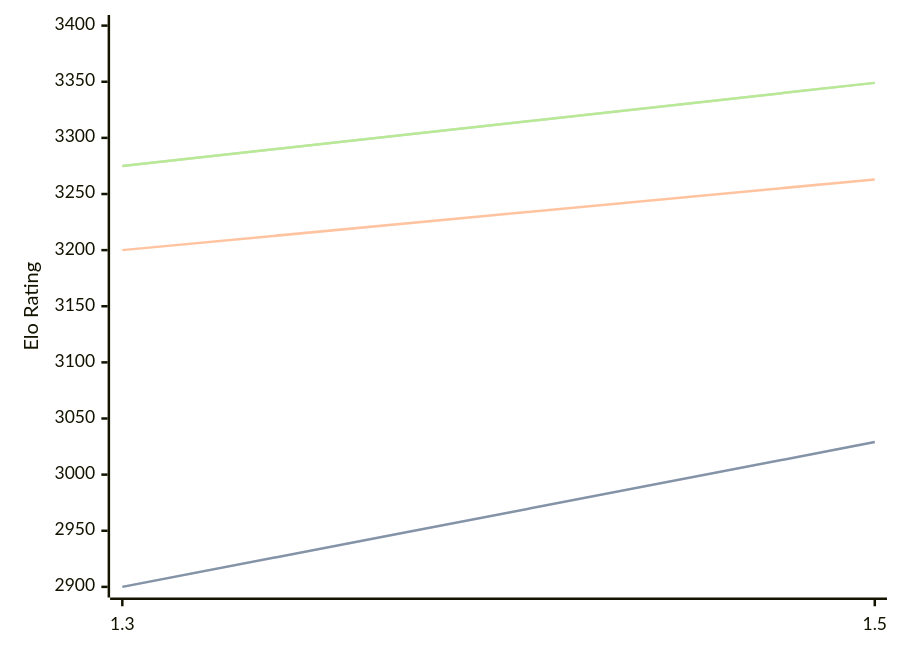
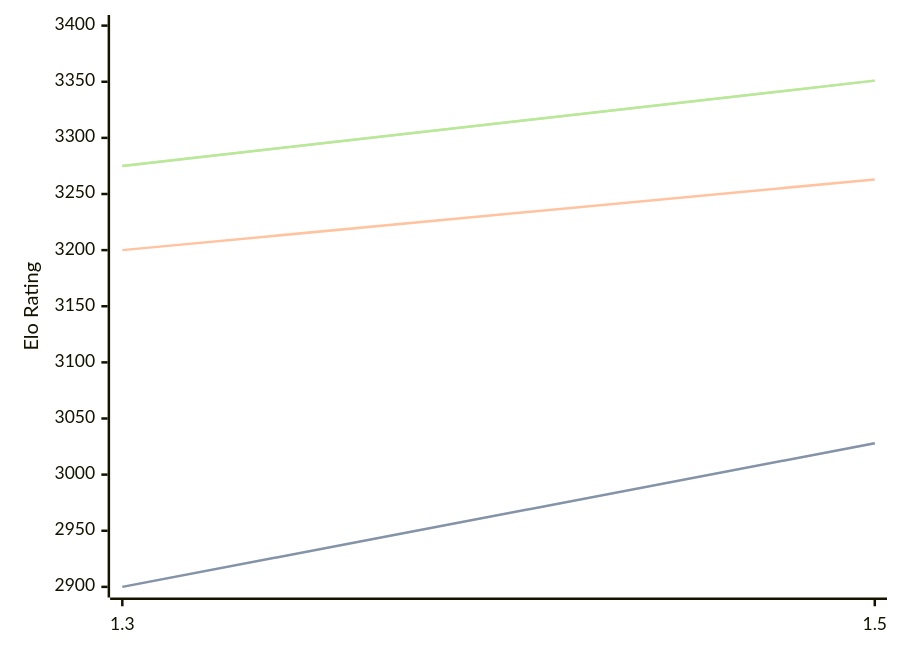
The diagram in engines/Lambergar.md (computer-chess-index/cci), drawn with Mermaid before and after one commit. The commit also changed other lines of this file, not shown here.

Commit message:
Update CCI Ratings (ELO VLTC) - 2026-08-05

````diff
--- a/engines/Lambergar.md
+++ b/engines/Lambergar.md
@@ -44,11 +44,11 @@
 ```mermaid
 %%{init: {"theme":"base","themeVariables":{"seriesColors:['#a3a3a3','#222221','#faa371']}}}%%
 xychart-beta
   x-axis ["1.3", "1.5"]
   y-axis "Elo Rating" 2900 --> 3400
-  line "STC (8.0+0.08s)" [2900, 3029]
-  line "STC (8.0+0.08s)" [2900, 3029]
+  line "STC (8.0+0.08s)" [2900, 3028]
+  line "STC (8.0+0.08s)" [2900, 3028]
   line "LTC (60.0+0.60s)" [3200, 3263]
-  line "VLTC (2m24s+1.12s)" [3275, 3349]
-  line "VLTC (2m24s+1.12s)" [3275, 3349]
+  line "VLTC (2m24s+1.12s)" [3275, 3351]
+  line "VLTC (2m24s+1.12s)" [3275, 3351]
 ```
````
